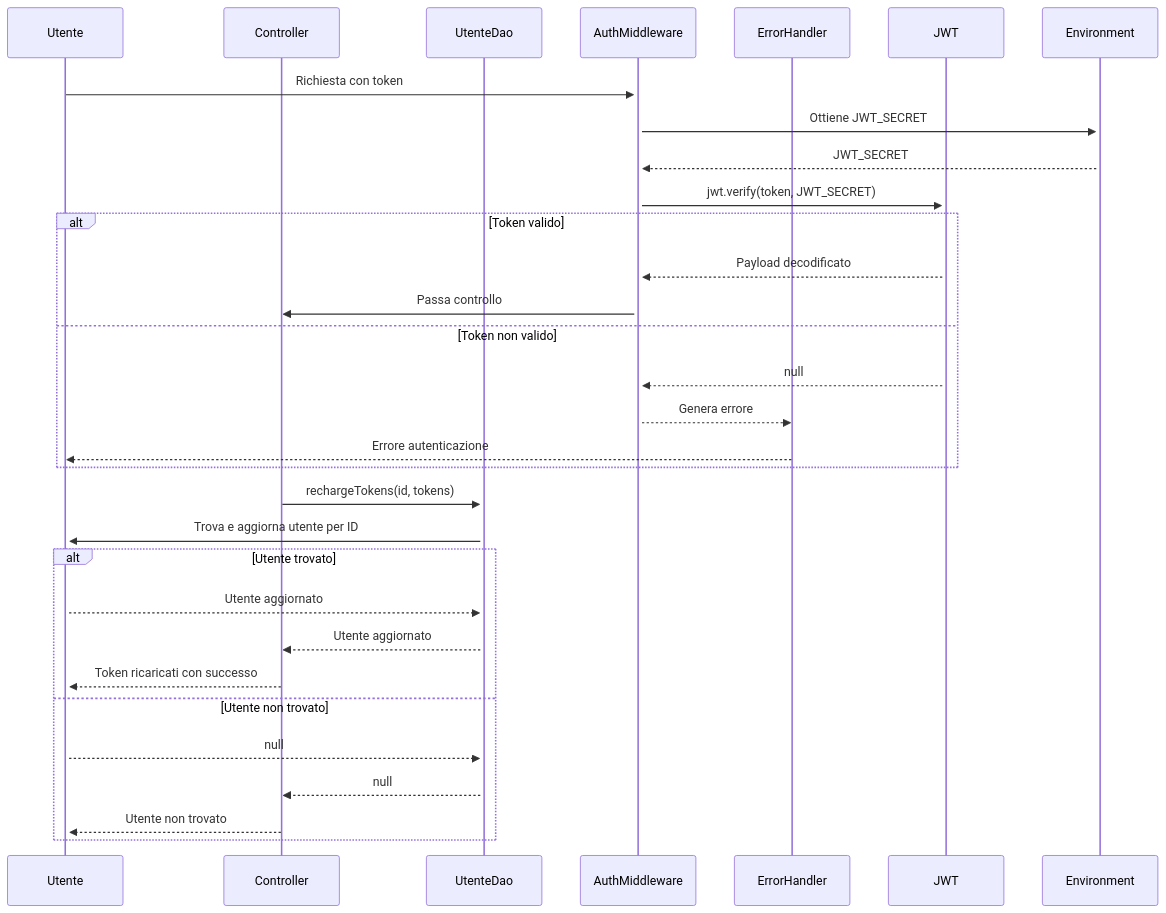
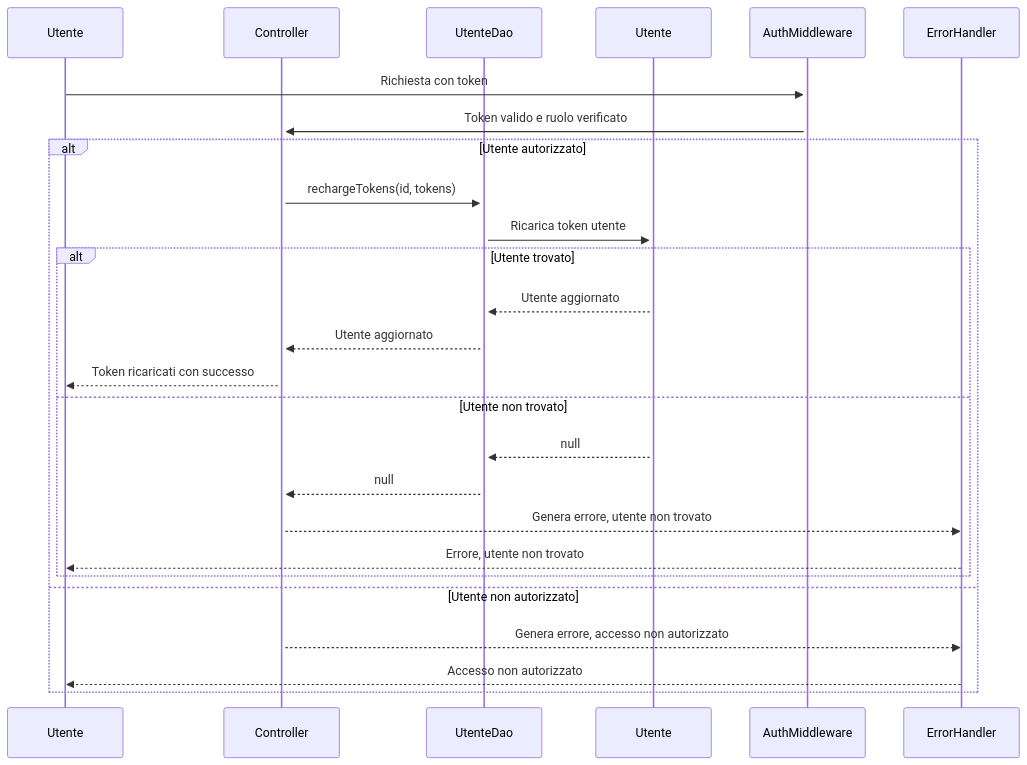
Before and after one commit to Arianna6400/Adv_Prog: the ninth of 9 diagrams in README.md, drawn with Mermaid. The commit also changed other lines of this file, not shown here.

````diff
--- a/README.md
+++ b/README.md
@@ -492,34 +498,29 @@
 ```mermaid
 sequenceDiagram
     participant U as Utente
     participant C as Controller
     participant DAO_U as UtenteDao
+    participant UTE as Utente
     participant Auth as AuthMiddleware
     participant Err as ErrorHandler
-    participant JWT as JWT
-    participant ENV as Environment
 
     U->>+Auth: Richiesta con token
-    Auth->>+ENV: Ottiene JWT_SECRET
-    ENV-->>Auth: JWT_SECRET
-    Auth->>+JWT: jwt.verify(token, JWT_SECRET)
-    alt Token valido
-        JWT-->>Auth: Payload decodificato
-        Auth->>C: Passa controllo
-    else Token non valido
-        JWT-->>Auth: null
-        Auth-->>Err: Genera errore
-        Err-->>U: Errore autenticazione
-    end
-    C->>+DAO_U: rechargeTokens(id, tokens)
-    DAO_U->>+U: Trova e aggiorna utente per ID
-    alt Utente trovato
-        U-->>DAO_U: Utente aggiornato
-        DAO_U-->>C: Utente aggiornato
-        C-->>U: Token ricaricati con successo
-    else Utente non trovato
-        U-->>DAO_U: null
-        DAO_U-->>C: null
-        C-->>U: Utente non trovato
+    Auth->>+C: Token valido e ruolo verificato
+    alt Utente autorizzato
+        C->>+DAO_U: rechargeTokens(id, tokens)
+        DAO_U->>+UTE: Ricarica token utente
+        alt Utente trovato
+            UTE-->>DAO_U: Utente aggiornato
+            DAO_U-->>C: Utente aggiornato
+            C-->>U: Token ricaricati con successo
+        else Utente non trovato
+            UTE-->>DAO_U: null
+            DAO_U-->>C: null
+            C-->>Err: Genera errore, utente non trovato
+            Err-->>U: Errore, utente non trovato
+        end
+    else Utente non autorizzato
+        C-->>Err: Genera errore, accesso non autorizzato
+        Err-->>U: Accesso non autorizzato
     end
 ```
````
